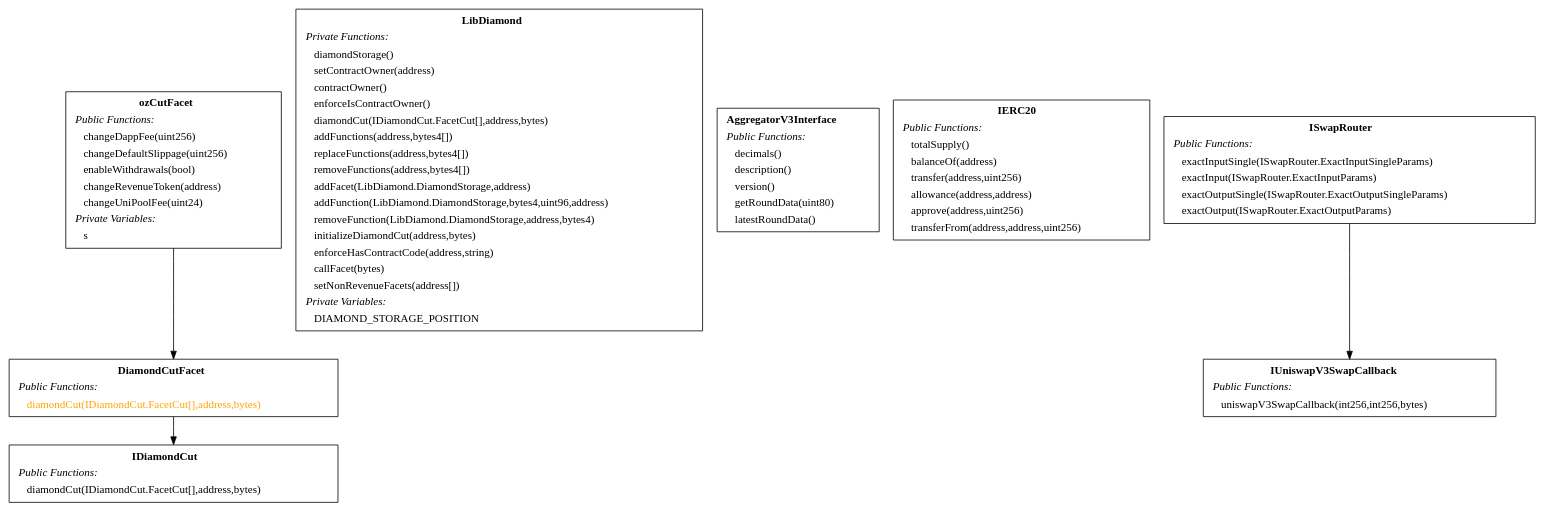
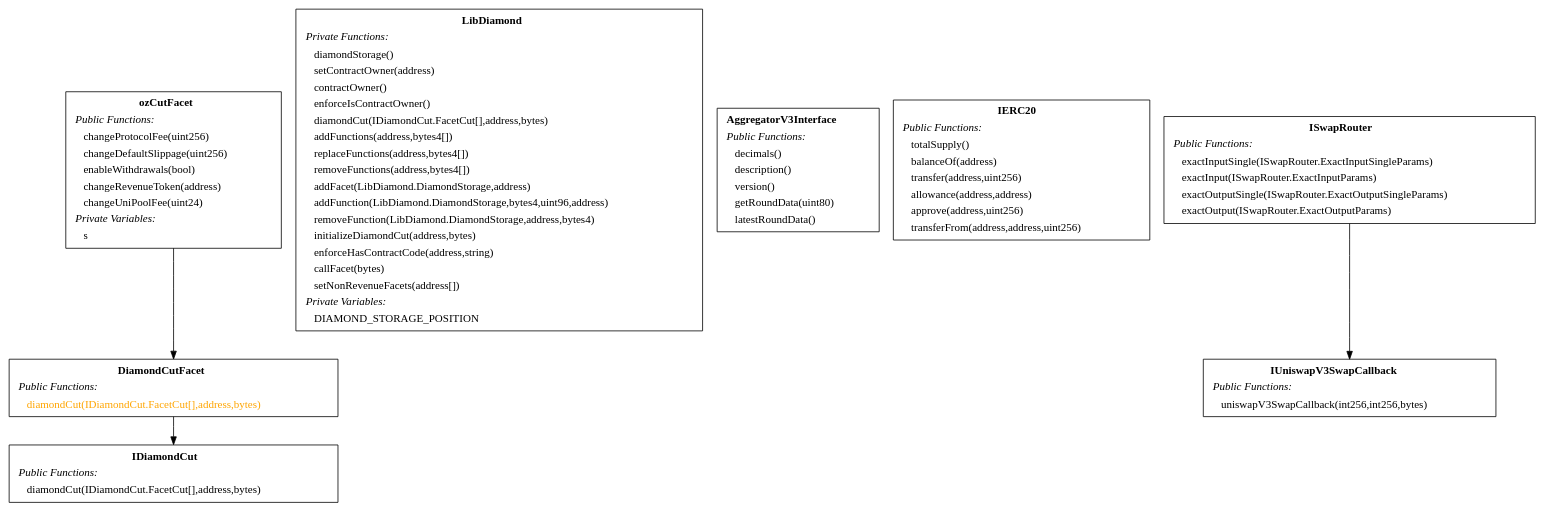
The diagram in inheritance-graphs/arbitrum/ozCutFacet.sol.inheritance-graph.dot (trojanMcAfee/ozel), drawn with Graphviz before and after one commit. The commit also changed 2 other files, not shown here.

```diff
--- a/inheritance-graphs/arbitrum/ozCutFacet.sol.inheritance-graph.dot
+++ b/inheritance-graphs/arbitrum/ozCutFacet.sol.inheritance-graph.dot
@@ -1,21 +1,21 @@
 digraph "" {
 DiamondCutFacet -> IDiamondCut;
 DiamondCutFacet[shape="box"label=< <TABLE border="0"><TR><TD align="center"><B>DiamondCutFacet</B></TD></TR><TR><TD align="left"><I>Public Functions:</I></TD></TR><TR><TD align="left"><font color="#FFA500">    diamondCut(IDiamondCut.FacetCut[],address,bytes)</font></TD></TR></TABLE> >];
 
 ozCutFacet -> DiamondCutFacet;
-ozCutFacet[shape="box"label=< <TABLE border="0"><TR><TD align="center"><B>ozCutFacet</B></TD></TR><TR><TD align="left"><I>Public Functions:</I></TD></TR><TR><TD align="left">    changeDappFee(uint256)</TD></TR><TR><TD align="left">    changeDefaultSlippage(uint256)</TD></TR><TR><TD align="left">    enableWithdrawals(bool)</TD></TR><TR><TD align="left">    changeRevenueToken(address)</TD></TR><TR><TD align="left">    changeUniPoolFee(uint24)</TD></TR><TR><TD align="left"><I>Private Variables:</I></TD></TR><TR><TD align="left">    s</TD></TR></TABLE> >];
+ozCutFacet[shape="box"label=< <TABLE border="0"><TR><TD align="center"><B>ozCutFacet</B></TD></TR><TR><TD align="left"><I>Public Functions:</I></TD></TR><TR><TD align="left">    changeProtocolFee(uint256)</TD></TR><TR><TD align="left">    changeDefaultSlippage(uint256)</TD></TR><TR><TD align="left">    enableWithdrawals(bool)</TD></TR><TR><TD align="left">    changeRevenueToken(address)</TD></TR><TR><TD align="left">    changeUniPoolFee(uint24)</TD></TR><TR><TD align="left"><I>Private Variables:</I></TD></TR><TR><TD align="left">    s</TD></TR></TABLE> >];
 
 IDiamondCut[shape="box"label=< <TABLE border="0"><TR><TD align="center"><B>IDiamondCut</B></TD></TR><TR><TD align="left"><I>Public Functions:</I></TD></TR><TR><TD align="left">    diamondCut(IDiamondCut.FacetCut[],address,bytes)</TD></TR></TABLE> >];
 
 LibDiamond[shape="box"label=< <TABLE border="0"><TR><TD align="center"><B>LibDiamond</B></TD></TR><TR><TD align="left"><I>Private Functions:</I></TD></TR><TR><TD align="left">    diamondStorage()</TD></TR><TR><TD align="left">    setContractOwner(address)</TD></TR><TR><TD align="left">    contractOwner()</TD></TR><TR><TD align="left">    enforceIsContractOwner()</TD></TR><TR><TD align="left">    diamondCut(IDiamondCut.FacetCut[],address,bytes)</TD></TR><TR><TD align="left">    addFunctions(address,bytes4[])</TD></TR><TR><TD align="left">    replaceFunctions(address,bytes4[])</TD></TR><TR><TD align="left">    removeFunctions(address,bytes4[])</TD></TR><TR><TD align="left">    addFacet(LibDiamond.DiamondStorage,address)</TD></TR><TR><TD align="left">    addFunction(LibDiamond.DiamondStorage,bytes4,uint96,address)</TD></TR><TR><TD align="left">    removeFunction(LibDiamond.DiamondStorage,address,bytes4)</TD></TR><TR><TD align="left">    initializeDiamondCut(address,bytes)</TD></TR><TR><TD align="left">    enforceHasContractCode(address,string)</TD></TR><TR><TD align="left">    callFacet(bytes)</TD></TR><TR><TD align="left">    setNonRevenueFacets(address[])</TD></TR><TR><TD align="left"><I>Private Variables:</I></TD></TR><TR><TD align="left">    DIAMOND_STORAGE_POSITION</TD></TR></TABLE> >];
 
 AggregatorV3Interface[shape="box"label=< <TABLE border="0"><TR><TD align="center"><B>AggregatorV3Interface</B></TD></TR><TR><TD align="left"><I>Public Functions:</I></TD></TR><TR><TD align="left">    decimals()</TD></TR><TR><TD align="left">    description()</TD></TR><TR><TD align="left">    version()</TD></TR><TR><TD align="left">    getRoundData(uint80)</TD></TR><TR><TD align="left">    latestRoundData()</TD></TR></TABLE> >];
 
 IERC20[shape="box"label=< <TABLE border="0"><TR><TD align="center"><B>IERC20</B></TD></TR><TR><TD align="left"><I>Public Functions:</I></TD></TR><TR><TD align="left">    totalSupply()</TD></TR><TR><TD align="left">    balanceOf(address)</TD></TR><TR><TD align="left">    transfer(address,uint256)</TD></TR><TR><TD align="left">    allowance(address,address)</TD></TR><TR><TD align="left">    approve(address,uint256)</TD></TR><TR><TD align="left">    transferFrom(address,address,uint256)</TD></TR></TABLE> >];
 
 IUniswapV3SwapCallback[shape="box"label=< <TABLE border="0"><TR><TD align="center"><B>IUniswapV3SwapCallback</B></TD></TR><TR><TD align="left"><I>Public Functions:</I></TD></TR><TR><TD align="left">    uniswapV3SwapCallback(int256,int256,bytes)</TD></TR></TABLE> >];
 
 ISwapRouter -> IUniswapV3SwapCallback;
 ISwapRouter[shape="box"label=< <TABLE border="0"><TR><TD align="center"><B>ISwapRouter</B></TD></TR><TR><TD align="left"><I>Public Functions:</I></TD></TR><TR><TD align="left">    exactInputSingle(ISwapRouter.ExactInputSingleParams)</TD></TR><TR><TD align="left">    exactInput(ISwapRouter.ExactInputParams)</TD></TR><TR><TD align="left">    exactOutputSingle(ISwapRouter.ExactOutputSingleParams)</TD></TR><TR><TD align="left">    exactOutput(ISwapRouter.ExactOutputParams)</TD></TR></TABLE> >];
 
 }
```
